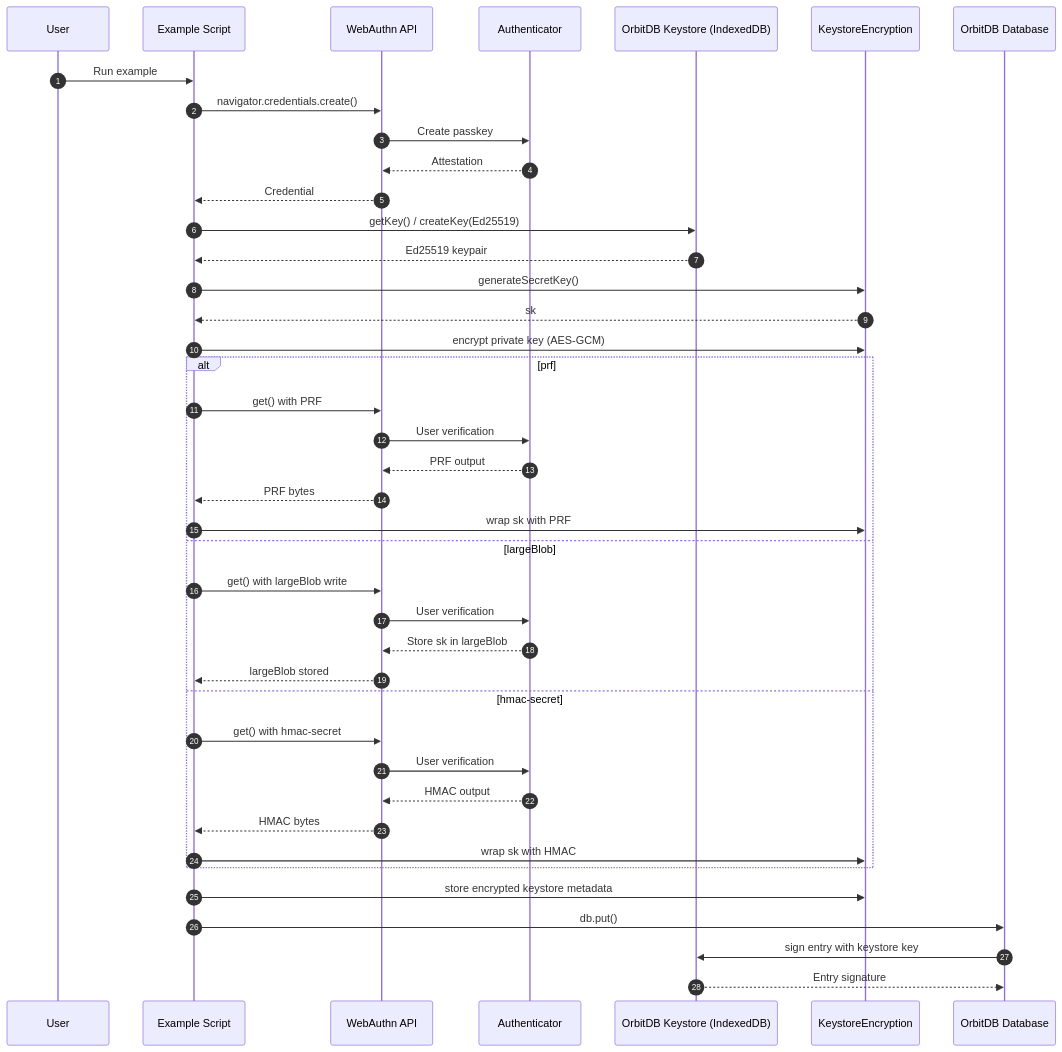
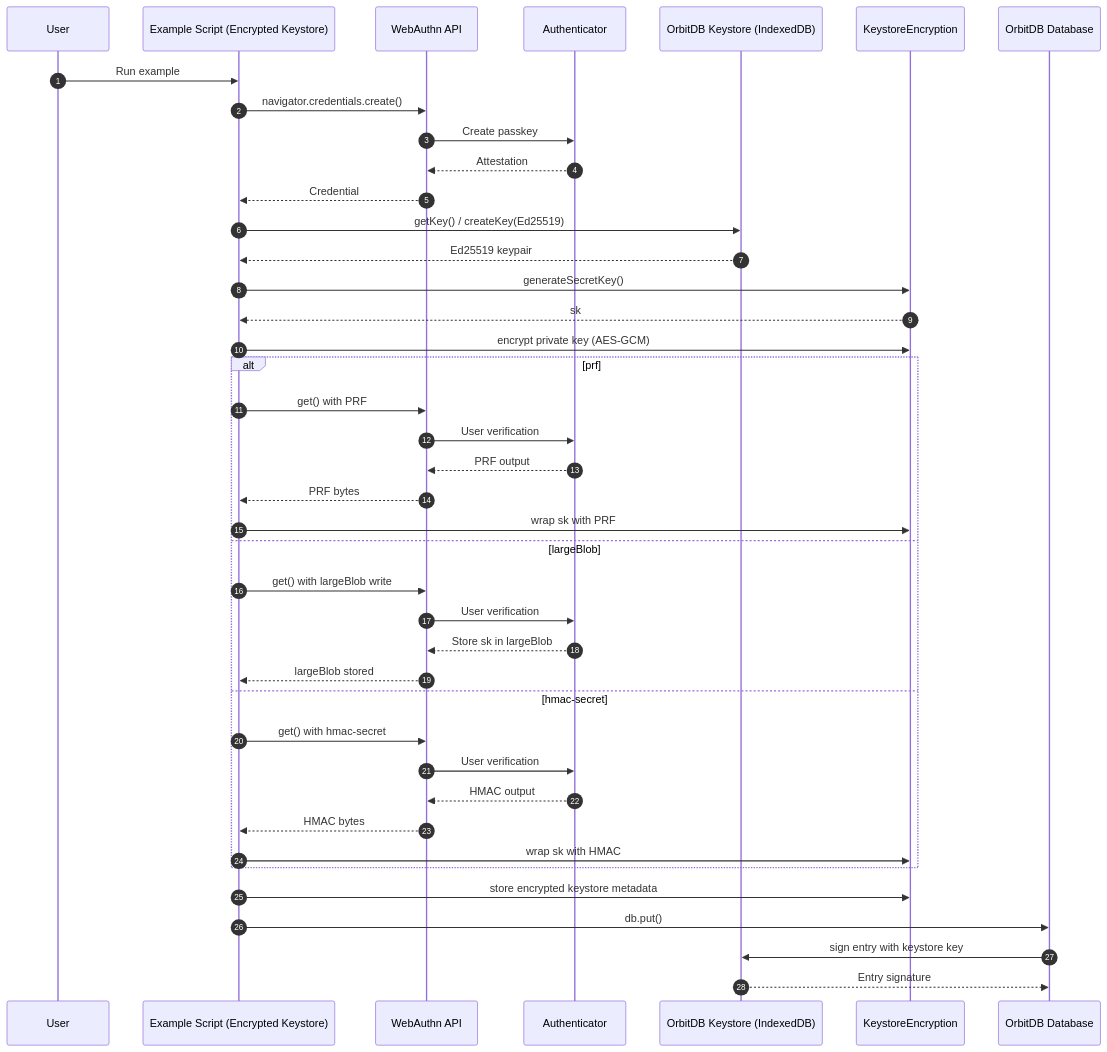
One commit to Le-Space/orbitdb-identity-provider-webauthn-did changed the second of 6 diagrams in docs/EXAMPLE-SEQUENCES.md. Above: the diagram before and after it, drawn with Mermaid. The commit also changed other lines of this file and 1 other file, not shown here.

Commit message:
Update example sequences and CI command

````diff
--- a/docs/EXAMPLE-SEQUENCES.md
+++ b/docs/EXAMPLE-SEQUENCES.md
@@ -36,47 +36,47 @@
 ```mermaid
 sequenceDiagram
   autonumber
   participant User
-  participant App as Example Script
+  participant App as Example Script (Encrypted Keystore)
   participant WebAuthn as WebAuthn API
   participant Auth as Authenticator
   participant KS as OrbitDB Keystore (IndexedDB)
   participant Enc as KeystoreEncryption
   participant DB as OrbitDB Database
 
   User->>App: Run example
   App->>WebAuthn: navigator.credentials.create()
   WebAuthn->>Auth: Create passkey
   Auth-->>WebAuthn: Attestation
   WebAuthn-->>App: Credential
 
   App->>KS: getKey() / createKey(Ed25519)
   KS-->>App: Ed25519 keypair
   App->>Enc: generateSecretKey()
   Enc-->>App: sk
   App->>Enc: encrypt private key (AES-GCM)
 
   alt prf
     App->>WebAuthn: get() with PRF
     WebAuthn->>Auth: User verification
     Auth-->>WebAuthn: PRF output
     WebAuthn-->>App: PRF bytes
     App->>Enc: wrap sk with PRF
   else largeBlob
     App->>WebAuthn: get() with largeBlob write
     WebAuthn->>Auth: User verification
     Auth-->>WebAuthn: Store sk in largeBlob
     WebAuthn-->>App: largeBlob stored
   else hmac-secret
     App->>WebAuthn: get() with hmac-secret
     WebAuthn->>Auth: User verification
     Auth-->>WebAuthn: HMAC output
     WebAuthn-->>App: HMAC bytes
     App->>Enc: wrap sk with HMAC
   end
 
   App->>Enc: store encrypted keystore metadata
   App->>DB: db.put()
   DB->>KS: sign entry with keystore key
   KS-->>DB: Entry signature
 ```
````
